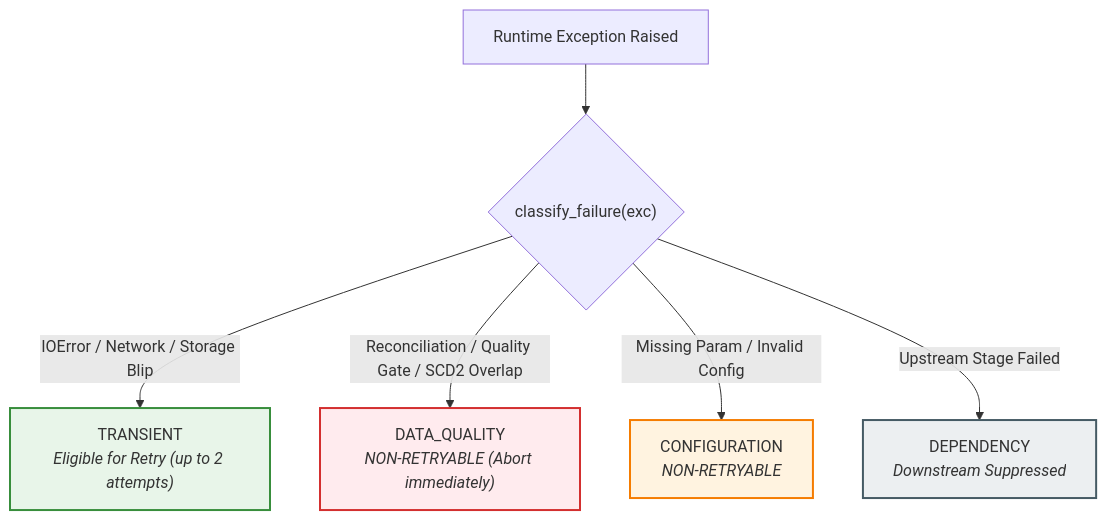
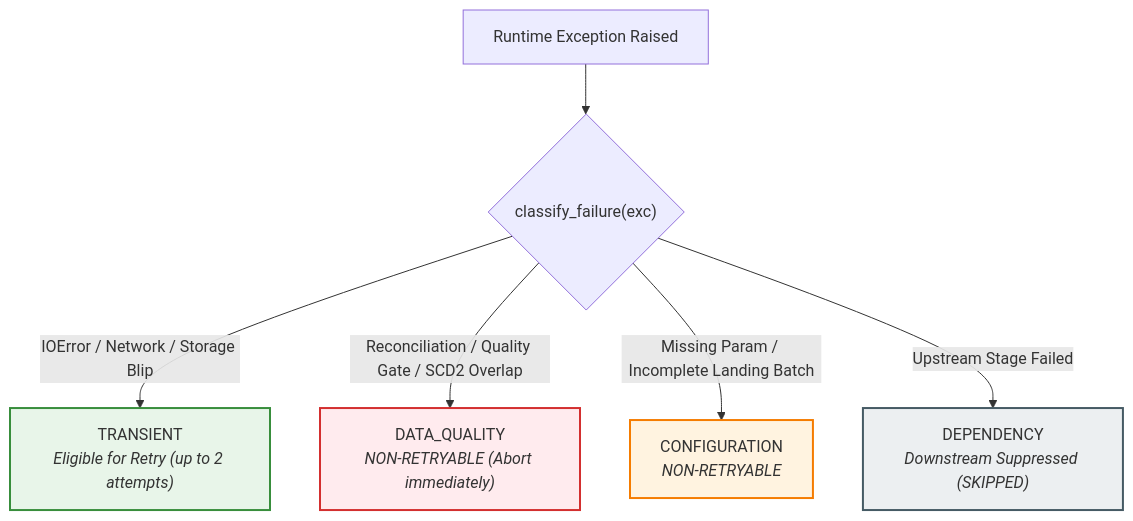
The second of 2 diagrams in docs/08_LAKEFLOW_JOBS_ORCHESTRATION.md (vijjureddy07/azure-lakehouse-data-platform), drawn with Mermaid before and after one commit. The commit also changed other lines of this file and 22 other files, not shown here.

````diff
--- a/docs/08_LAKEFLOW_JOBS_ORCHESTRATION.md
+++ b/docs/08_LAKEFLOW_JOBS_ORCHESTRATION.md
@@ -109,14 +129,14 @@
 ```mermaid
 graph TD
     Exception["Runtime Exception Raised"] --> Classify{"classify_failure(exc)"}
     
     Classify -->|IOError / Network / Storage Blip| Transient["TRANSIENT<br/><i>Eligible for Retry (up to 2 attempts)</i>"]
     Classify -->|Reconciliation / Quality Gate / SCD2 Overlap| DQ["DATA_QUALITY<br/><i>NON-RETRYABLE (Abort immediately)</i>"]
-    Classify -->|Missing Param / Invalid Config| Config["CONFIGURATION<br/><i>NON-RETRYABLE</i>"]
-    Classify -->|Upstream Stage Failed| Dep["DEPENDENCY<br/><i>Downstream Suppressed</i>"]
+    Classify -->|Missing Param / Incomplete Landing Batch| Config["CONFIGURATION<br/><i>NON-RETRYABLE</i>"]
+    Classify -->|Upstream Stage Failed| Dep["DEPENDENCY<br/><i>Downstream Suppressed (SKIPPED)</i>"]
 
     style Transient fill:#e8f5e9,stroke:#388e3c,stroke-width:2px;
     style DQ fill:#ffebee,stroke:#d32f2f,stroke-width:2px;
     style Config fill:#fff3e0,stroke:#f57c00,stroke-width:2px;
     style Dep fill:#eceff1,stroke:#455a64,stroke-width:2px;
 ```
````
